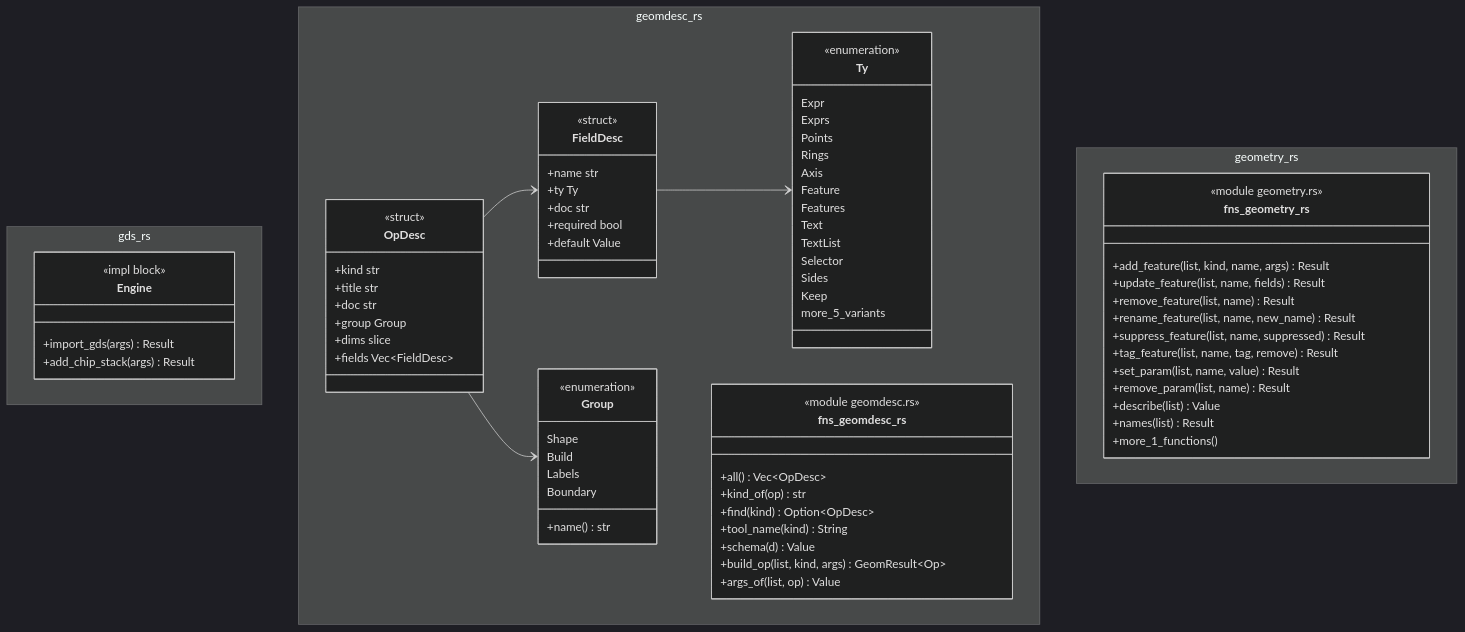
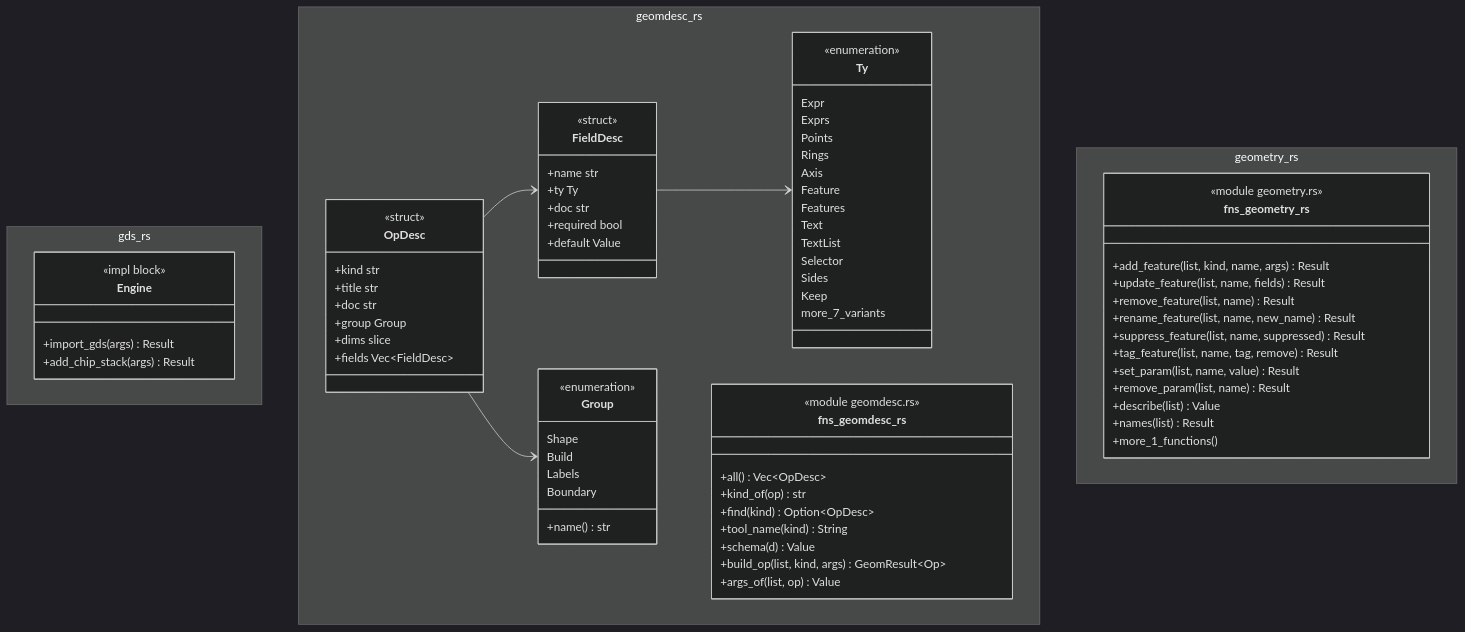
The diagram in docs/architecture/c4/4-code/engine/geometry.md (p-j-r/nyx), drawn with Mermaid (dark theme) before and after one commit. The commit also changed other lines of this file and 110 other files, not shown here.

````diff
--- a/docs/architecture/c4/4-code/engine/geometry.md
+++ b/docs/architecture/c4/4-code/engine/geometry.md
@@ -37,82 +37,82 @@
 ```mermaid
 classDiagram
   namespace gds_rs {
     class Engine {
         <<impl block>>
         +import_gds(args) Result
         +add_chip_stack(args) Result
     }
   }
   namespace geomdesc_rs {
     class Ty {
         <<enumeration>>
         Expr
         Exprs
         Points
         Rings
         Axis
         Feature
         Features
         Text
         TextList
         Selector
         Sides
         Keep
-        more_5_variants
+        more_7_variants
     }
     class FieldDesc {
         <<struct>>
         +name str
         +ty Ty
         +doc str
         +required bool
         +default Value
     }
     class Group {
         <<enumeration>>
         Shape
         Build
         Labels
         Boundary
         +name() str
     }
     class OpDesc {
         <<struct>>
         +kind str
         +title str
         +doc str
         +group Group
         +dims slice
         +fields Vec~FieldDesc~
     }
     class fns_geomdesc_rs {
         <<module geomdesc.rs>>
         +all() Vec~OpDesc~
         +kind_of(op) str
         +find(kind) Option~OpDesc~
         +tool_name(kind) String
         +schema(d) Value
         +build_op(list, kind, args) GeomResult~Op~
         +args_of(list, op) Value
     }
   }
   namespace geometry_rs {
     class fns_geometry_rs {
         <<module geometry.rs>>
         +add_feature(list, kind, name, args) Result
         +update_feature(list, name, fields) Result
         +remove_feature(list, name) Result
         +rename_feature(list, name, new_name) Result
         +suppress_feature(list, name, suppressed) Result
         +tag_feature(list, name, tag, remove) Result
         +set_param(list, name, value) Result
         +remove_param(list, name) Result
         +describe(list) Value
         +names(list) Result
         +more_1_functions()
     }
   }
   FieldDesc --> Ty
   OpDesc --> Group
   OpDesc --> FieldDesc
 ```
````
